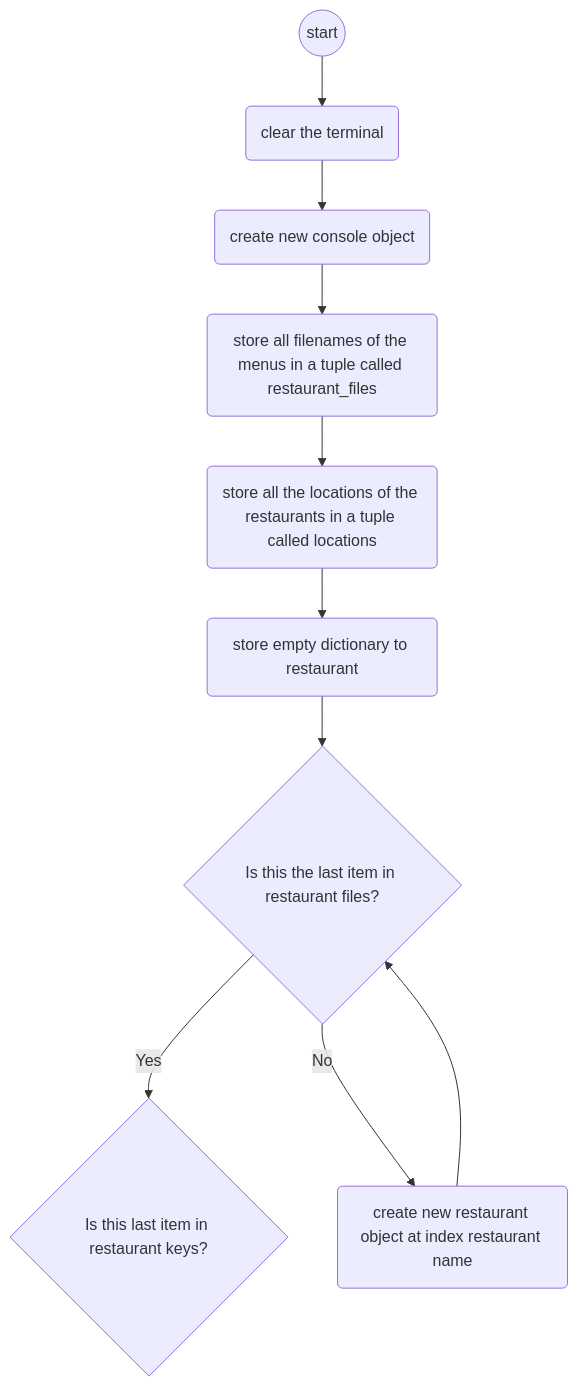
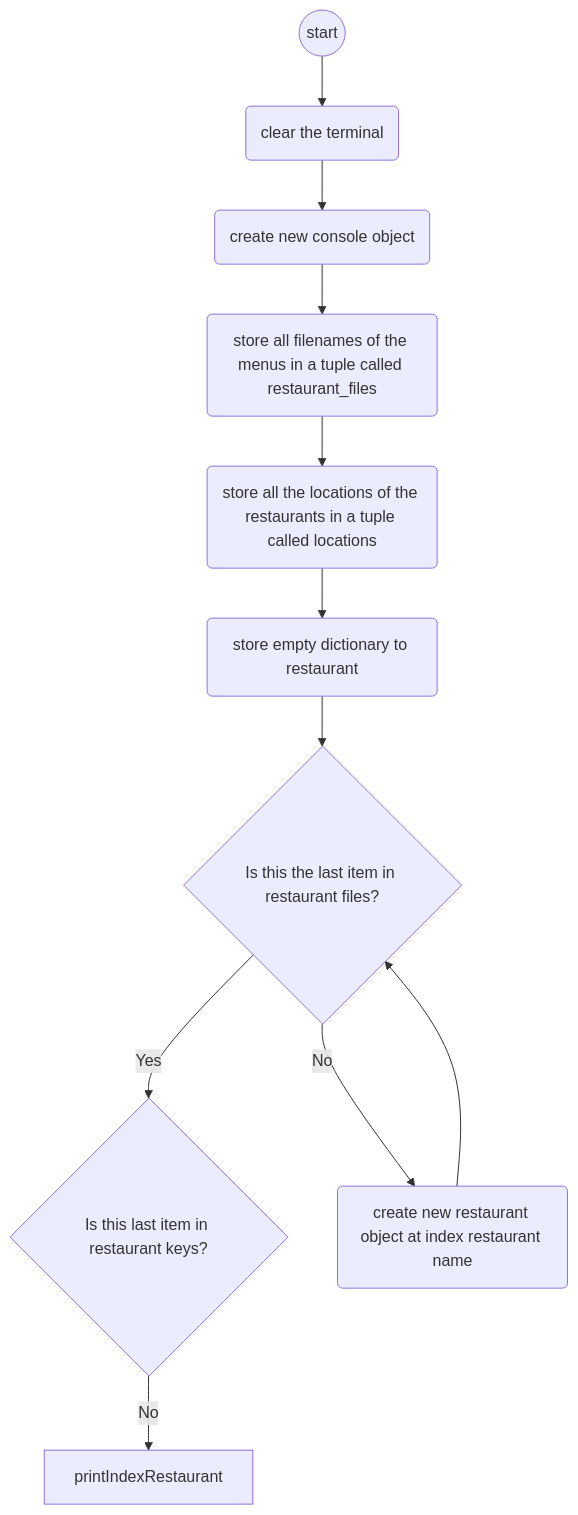
The diagram in Error Journaling/flowchart.mmd (asdcf35/classwork), drawn with Mermaid before and after one commit. The commit also changed other lines of this file, not shown here.

Commit message:
May 13, 2024, 6:38 PM

```diff
--- a/Error Journaling/flowchart.mmd
+++ b/Error Journaling/flowchart.mmd
@@ -1,9 +1,10 @@
 flowchart
     start((start)) -->
     clearTerminal(clear the terminal) -->
     consoleObject(create new console object) -->
     restaurantFiles(store all filenames of the menus in a tuple called restaurant_files) -->
     locations(store all the locations of the restaurants in a tuple called locations) -->
     emptyRestaurant(store empty dictionary to restaurant) -->
     lastItemInRestaurantFiles{Is this the last item in restaurant files?} --> |Yes| lastItemInRestaurantKeys{Is this last item in restaurant keys?}
-    lastItemInRestaurantFiles --> |No| createRestaurantItem(create new restaurant object at index restaurant name) --> lastItemInRestaurantFiles
+    lastItemInRestaurantKeys --> |No| printIndexRestaurant
+    lastItemInRestaurantFiles --> |No| createRestaurantItem(create new restaurant object at index restaurant name) --> lastItemInRestaurantFiles    
```
